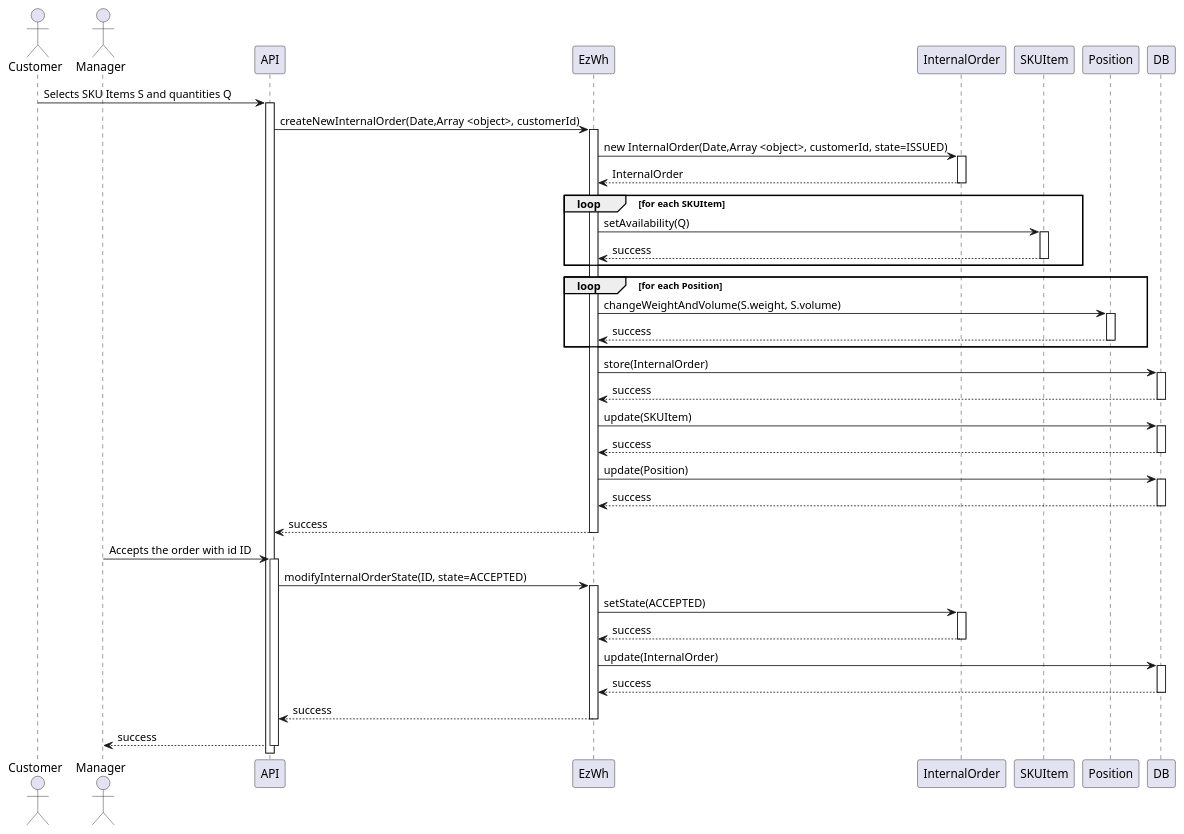
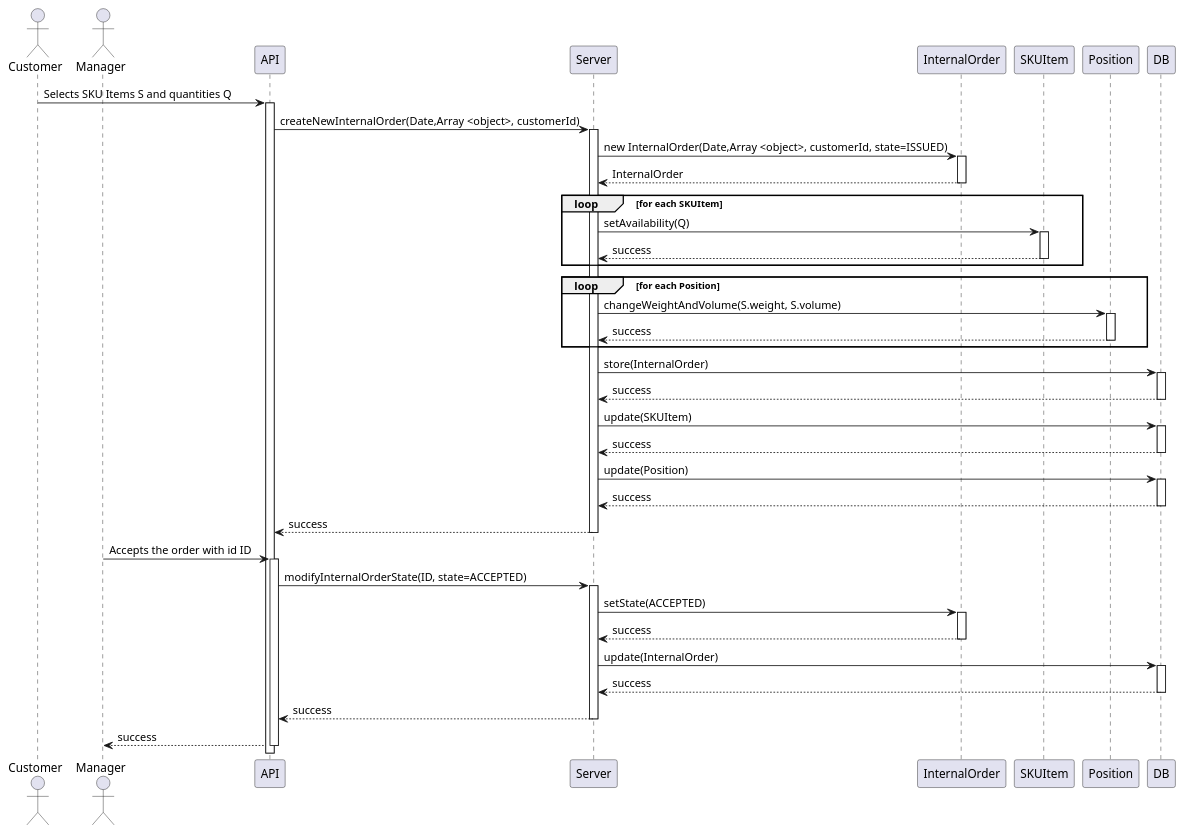
Before and after one commit to flaviociravegna/softeng-ezwh: the tenth of 10 diagrams in DesignDocument.md, drawn with PlantUML. The commit also changed other lines of this file, not shown here.

````diff
--- a/DesignDocument.md
+++ b/DesignDocument.md
@@ -571,36 +572,36 @@
 ```plantuml
 @startuml
 autoactivate on
 actor Customer
 actor Manager
 Customer -> API : Selects SKU Items S and quantities Q
-API -> EzWh : createNewInternalOrder(Date,Array <object>, customerId)
-EzWh -> InternalOrder : new InternalOrder(Date,Array <object>, customerId, state=ISSUED)
+API -> Server : createNewInternalOrder(Date,Array <object>, customerId)
+Server -> InternalOrder : new InternalOrder(Date,Array <object>, customerId, state=ISSUED)
 return InternalOrder
 loop for each SKUItem
-EzWh -> SKUItem:  setAvailability(Q)
+Server -> SKUItem:  setAvailability(Q)
 return success
 end
 loop for each Position
-EzWh -> Position: changeWeightAndVolume(S.weight, S.volume)
+Server -> Position: changeWeightAndVolume(S.weight, S.volume)
 return success
 end
-EzWh -> DB : store(InternalOrder)
+Server -> DB : store(InternalOrder)
 return success
-EzWh -> DB : update(SKUItem)
+Server -> DB : update(SKUItem)
 return success
-EzWh -> DB : update(Position)
+Server -> DB : update(Position)
 return success
 return success
 Manager -> API: Accepts the order with id ID
-API -> EzWh: modifyInternalOrderState(ID, state=ACCEPTED)
-EzWh -> InternalOrder: setState(ACCEPTED)
+API -> Server: modifyInternalOrderState(ID, state=ACCEPTED)
+Server -> InternalOrder: setState(ACCEPTED)
 return success
-EzWh -> DB: update(InternalOrder)
+Server -> DB: update(InternalOrder)
 return success
 return success
 
 return success
 
 @enduml
 ```
````
